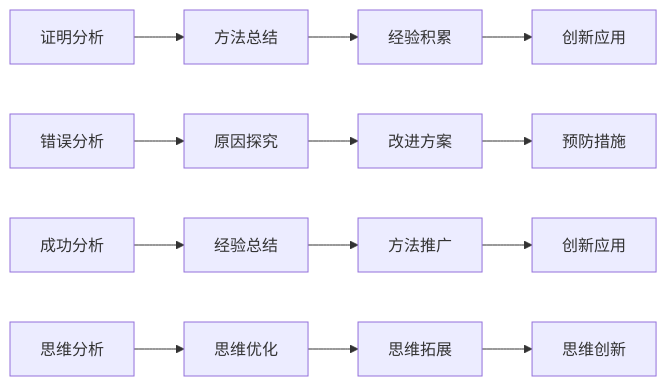
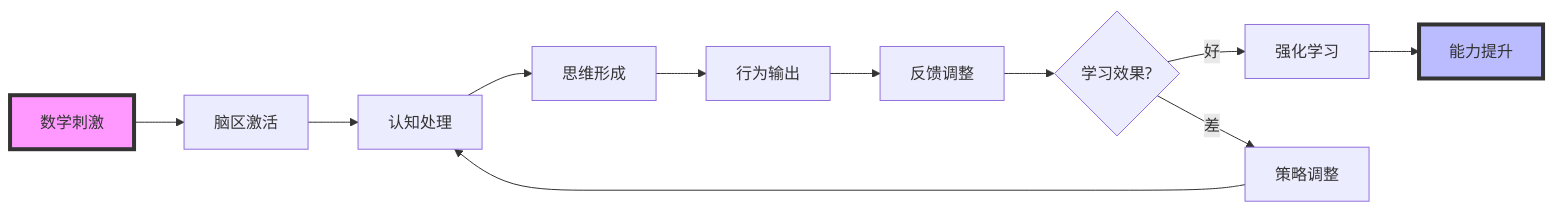
Before and after one commit to AdaMartin18010/SeniorMath: the ninth of 10 diagrams in mindmaps/flow-charts/数学思维流程图.md, drawn with Mermaid. The commit also changed other lines of this file and 36 other files, not shown here.

````diff
--- a/mindmaps/flow-charts/数学思维流程图.md
+++ b/mindmaps/flow-charts/数学思维流程图.md
@@ -294,18 +284,18 @@
 ```mermaid
 graph LR
-    I1[证明分析] --> I2[方法总结]
-    I2 --> I3[经验积累]
-    I3 --> I4[创新应用]
+    A[数学刺激] --> B[脑区激活]
+    B --> C[认知处理]
+    C --> D[思维形成]
+    D --> E[行为输出]
+    E --> F[反馈调整]
     
-    J1[错误分析] --> J2[原因探究]
-    J2 --> J3[改进方案]
-    J3 --> J4[预防措施]
+    F --> G{学习效果?}
+    G -->|好| H[强化学习]
+    G -->|差| I[策略调整]
     
-    K1[成功分析] --> K2[经验总结]
-    K2 --> K3[方法推广]
-    K3 --> K4[创新应用]
+    I --> C
+    H --> J[能力提升]
     
-    L1[思维分析] --> L2[思维优化]
-    L2 --> L3[思维拓展]
-    L3 --> L4[思维创新]
+    style A fill:#f9f,stroke:#333,stroke-width:4px
+    style J fill:#bbf,stroke:#333,stroke-width:4px
 ```
````
